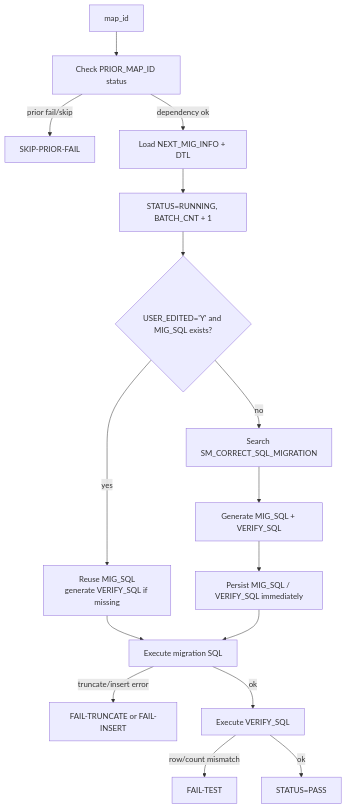
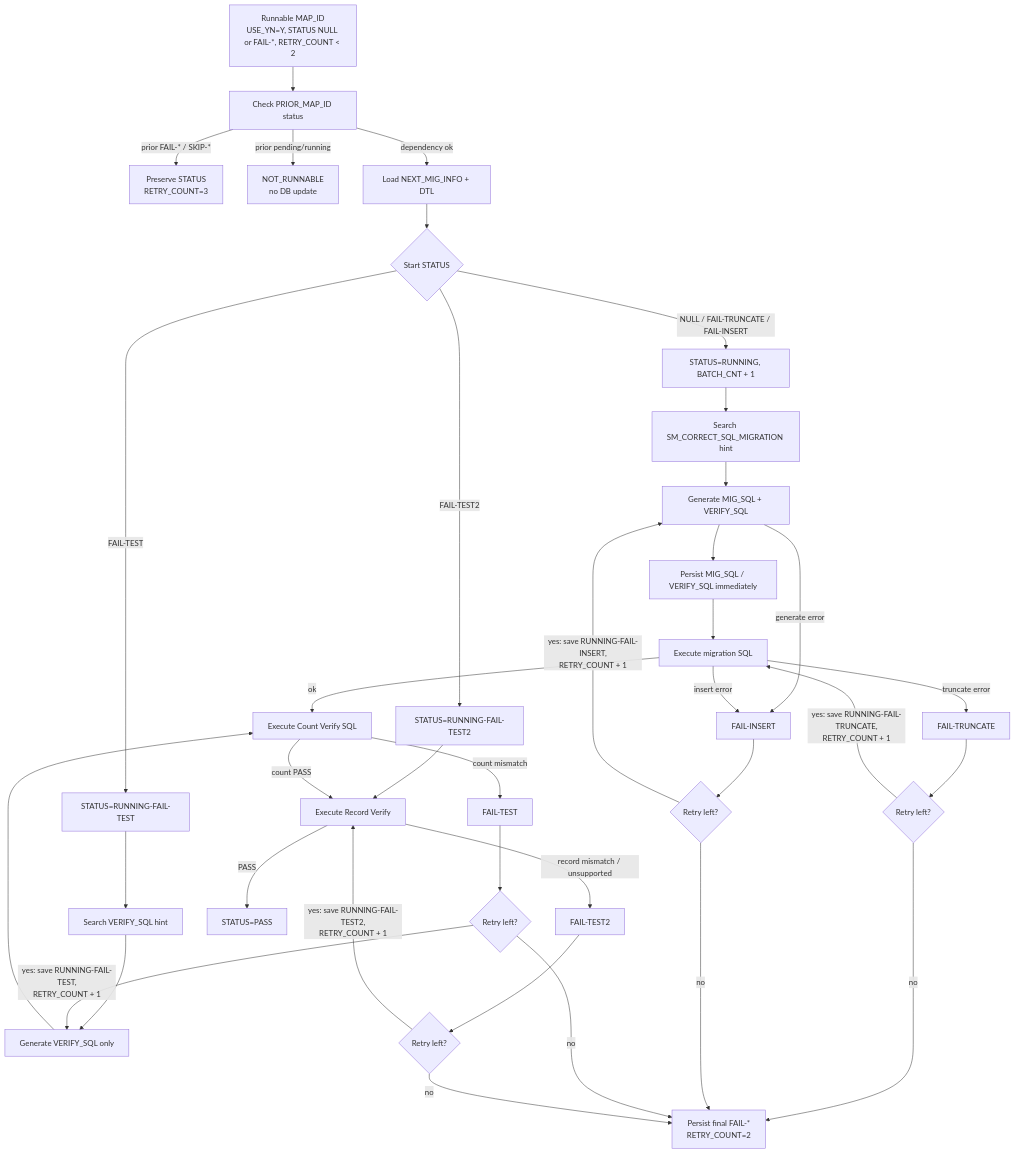
One commit to seongikjin227-jpg/refactoring_smartMigrate changed the third of 11 diagrams in smartMigrate_2.0_Langflow/00_guide/00_architecture_chapter4_domain_executors.md. Above: the diagram before and after it, drawn with Mermaid. The commit also changed other lines of this file and 23 other files, not shown here.

Commit message:
feat : 10c verify sql 2 간략화 및 프롬포트 수정, 예전 테스트 전 버전으로 롤백

````diff
--- a/smartMigrate_2.0_Langflow/00_guide/00_architecture_chapter4_domain_executors.md
+++ b/smartMigrate_2.0_Langflow/00_guide/00_architecture_chapter4_domain_executors.md
@@ -67,18 +67,39 @@
 ```mermaid
 flowchart TD
-    J[map_id] --> PRIOR[Check PRIOR_MAP_ID status]
-    PRIOR -->|prior fail/skip| SKIP[SKIP-PRIOR-FAIL]
+    J[Runnable MAP_ID<br/>USE_YN=Y, STATUS NULL or FAIL-*, RETRY_COUNT &lt; 2] --> PRIOR[Check PRIOR_MAP_ID status]
+    PRIOR -->|prior FAIL-* / SKIP-*| BLOCK[Preserve STATUS<br/>RETRY_COUNT=3]
+    PRIOR -->|prior pending/running| WAIT[NOT_RUNNABLE<br/>no DB update]
     PRIOR -->|dependency ok| META[Load NEXT_MIG_INFO + DTL]
-    META --> RUNNING[STATUS=RUNNING, BATCH_CNT + 1]
-    RUNNING --> USER{USER_EDITED='Y' and MIG_SQL exists?}
-    USER -->|yes| REUSE[Reuse MIG_SQL<br/>generate VERIFY_SQL if missing]
-    USER -->|no| HINT[Search SM_CORRECT_SQL_MIGRATION]
+    META --> STAGE{Start STATUS}
+    STAGE -->|NULL / FAIL-TRUNCATE / FAIL-INSERT| RUN[STATUS=RUNNING, BATCH_CNT + 1]
+    RUN --> HINT[Search SM_CORRECT_SQL_MIGRATION hint]
     HINT --> GEN[Generate MIG_SQL + VERIFY_SQL]
-    REUSE --> EXEC[Execute migration SQL]
     GEN --> SAVE_SQL[Persist MIG_SQL / VERIFY_SQL immediately]
-    SAVE_SQL --> EXEC
-    EXEC -->|truncate/insert error| FAILI[FAIL-TRUNCATE or FAIL-INSERT]
-    EXEC -->|ok| VERIFY[Execute VERIFY_SQL]
-    VERIFY -->|row/count mismatch| FAILT[FAIL-TEST]
-    VERIFY -->|ok| PASS[STATUS=PASS]
+    SAVE_SQL --> EXEC[Execute migration SQL]
+    GEN -->|generate error| FINSERT[FAIL-INSERT]
+    STAGE -->|FAIL-TEST| RESUME[STATUS=RUNNING-FAIL-TEST]
+    RESUME --> V_HINT[Search VERIFY_SQL hint]
+    V_HINT --> V_GEN[Generate VERIFY_SQL only]
+    V_GEN --> VERIFY[Execute Count Verify SQL]
+    STAGE -->|FAIL-TEST2| RECORD[STATUS=RUNNING-FAIL-TEST2]
+    RECORD --> VERIFY2[Execute record verify only]
+    EXEC -->|truncate error| FTRUNC[FAIL-TRUNCATE]
+    EXEC -->|insert error| FINSERT
+    EXEC -->|ok| VERIFY
+    VERIFY -->|count mismatch| FTEST[FAIL-TEST]
+    VERIFY -->|count PASS| VERIFY2[Execute Record Verify]
+    VERIFY2 -->|record mismatch / unsupported| FTEST2[FAIL-TEST2]
+    VERIFY2 -->|PASS| PASS[STATUS=PASS]
+    FTRUNC --> RTRUNC{Retry left?}
+    RTRUNC -->|yes: save RUNNING-FAIL-TRUNCATE,<br/>RETRY_COUNT + 1| EXEC
+    RTRUNC -->|no| FINALFAIL[Persist final FAIL-*<br/>RETRY_COUNT=2]
+    FINSERT --> RINSERT{Retry left?}
+    RINSERT -->|yes: save RUNNING-FAIL-INSERT,<br/>RETRY_COUNT + 1| GEN
+    RINSERT -->|no| FINALFAIL
+    FTEST --> RTEST{Retry left?}
+    RTEST -->|yes: save RUNNING-FAIL-TEST,<br/>RETRY_COUNT + 1| V_GEN
+    RTEST -->|no| FINALFAIL
+    FTEST2 --> RTEST2{Retry left?}
+    RTEST2 -->|yes: save RUNNING-FAIL-TEST2,<br/>RETRY_COUNT + 1| VERIFY2
+    RTEST2 -->|no| FINALFAIL
 ```
````
